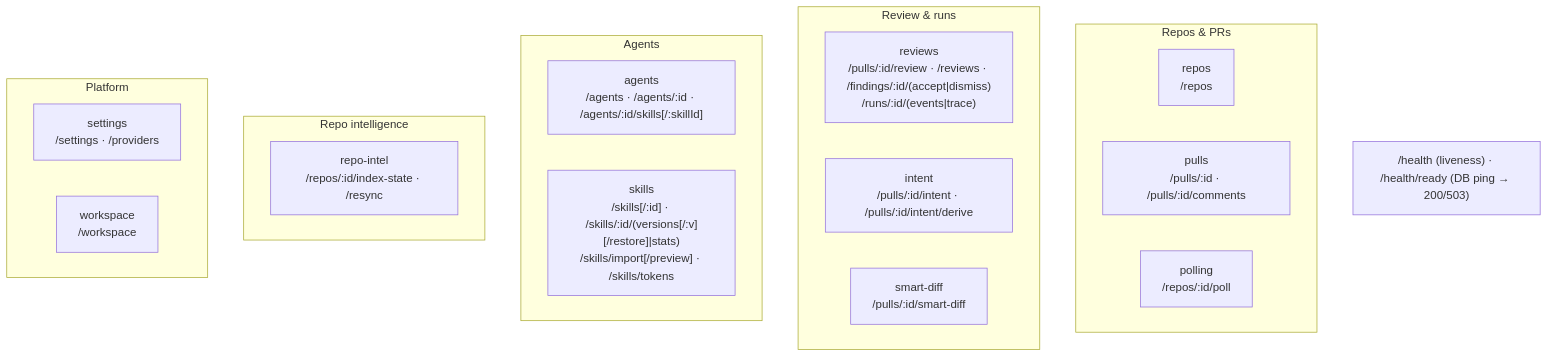
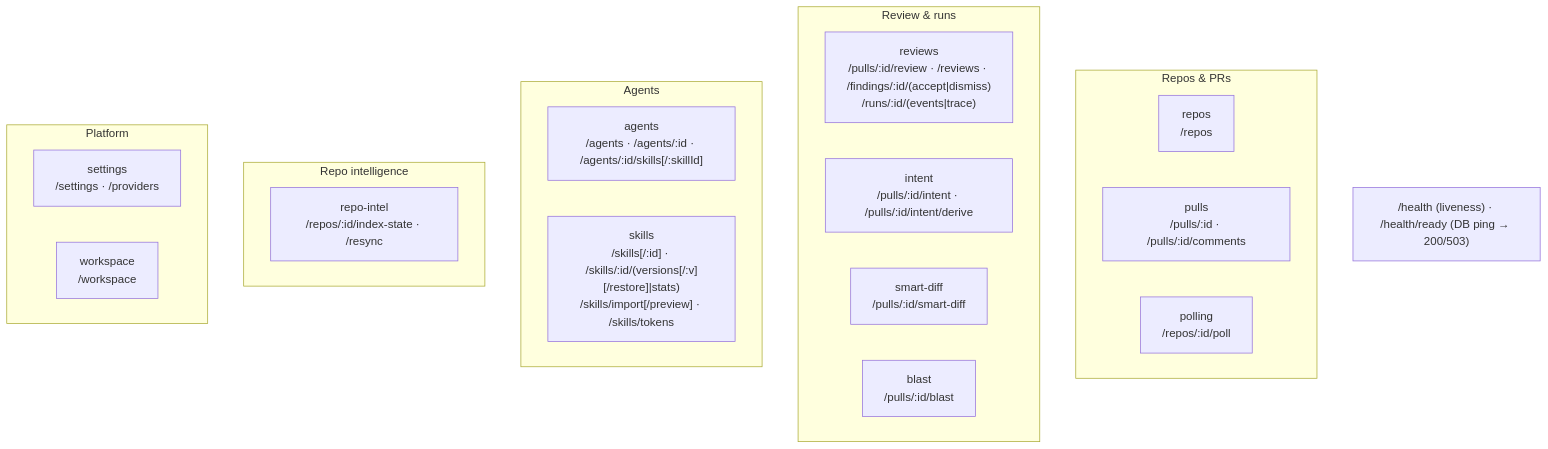
Before and after one commit to shofulk/dev-digest: the second of 2 diagrams in server/README.md, drawn with Mermaid. The commit also changed other lines of this file and 20 other files, not shown here.

First line of the commit message:
feat(server): add GET /pulls/:id/blast and depth-2 caller search in repo-intel

````diff
--- a/server/README.md
+++ b/server/README.md
@@ -64,25 +64,26 @@
 ```mermaid
 flowchart TB
   subgraph Repos_PRs["Repos & PRs"]
     repos["repos<br/>/repos"]
     pulls["pulls<br/>/pulls/:id · /pulls/:id/comments"]
     polling["polling<br/>/repos/:id/poll"]
   end
   subgraph Review["Review & runs"]
     reviews["reviews<br/>/pulls/:id/review · /reviews · /findings/:id/(accept|dismiss)<br/>/runs/:id/(events|trace)"]
     intent["intent<br/>/pulls/:id/intent · /pulls/:id/intent/derive"]
     smartDiff["smart-diff<br/>/pulls/:id/smart-diff"]
+    blast["blast<br/>/pulls/:id/blast"]
   end
   subgraph Agents["Agents"]
     agents["agents<br/>/agents · /agents/:id · /agents/:id/skills[/:skillId]"]
     skills["skills<br/>/skills[/:id] · /skills/:id/(versions[/:v][/restore]|stats)<br/>/skills/import[/preview] · /skills/tokens"]
   end
   subgraph Intel["Repo intelligence"]
     repoIntel["repo-intel<br/>/repos/:id/index-state · /resync"]
   end
   subgraph Platform["Platform"]
     settings["settings<br/>/settings · /providers"]
     workspace["workspace<br/>/workspace"]
   end
   HEALTH["/health (liveness) · /health/ready (DB ping → 200/503)"]
 ```
````
